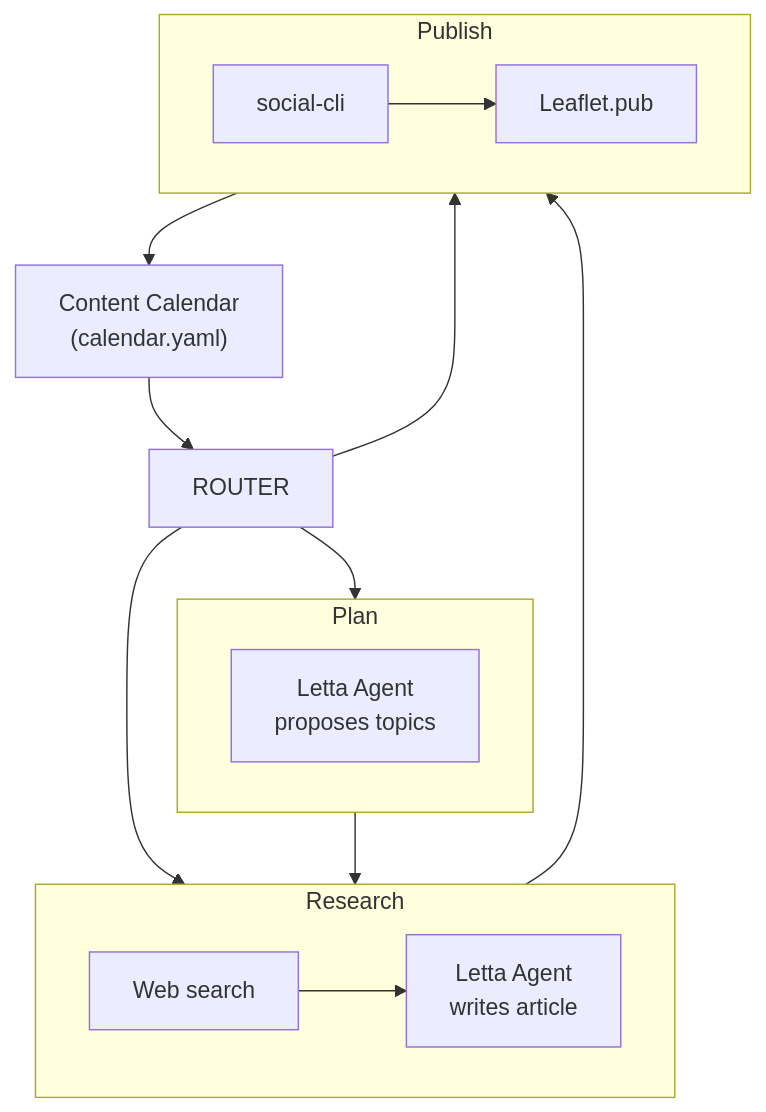
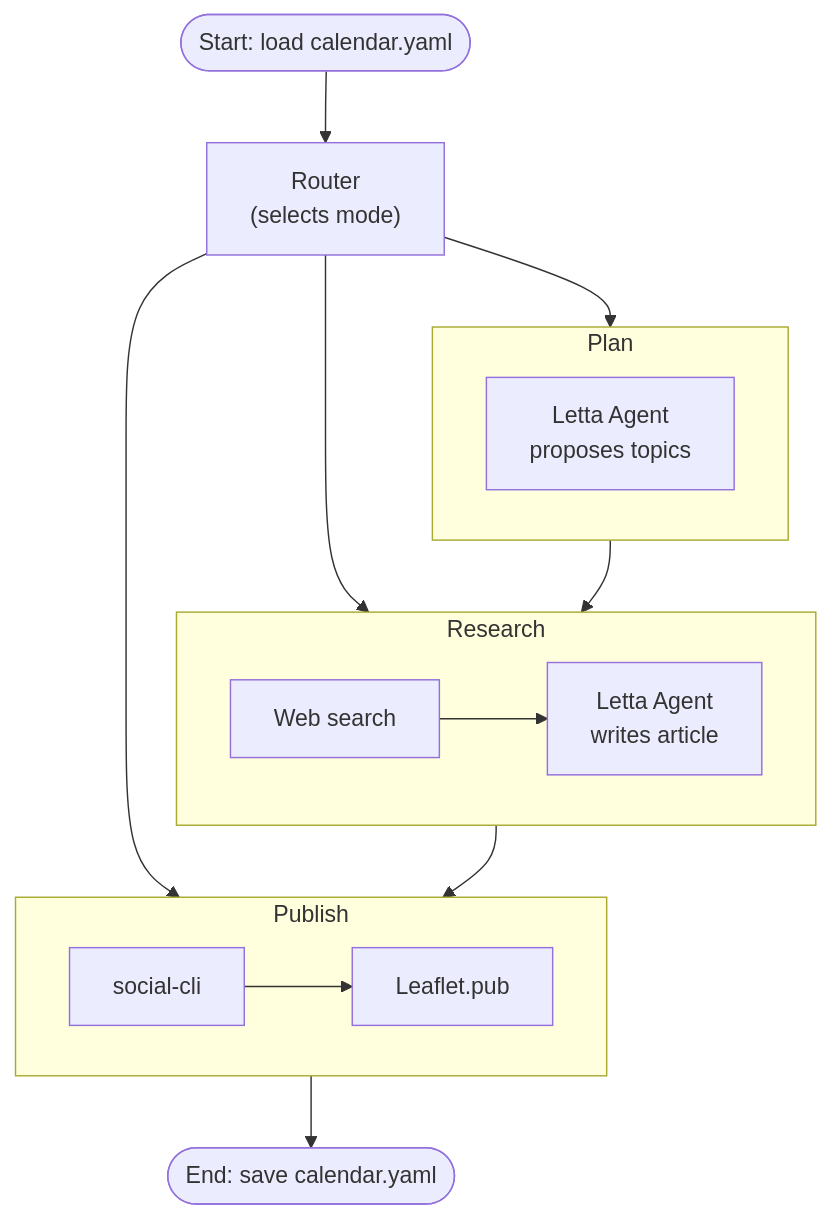
Before and after one commit to greedychipmunk/algodojo-xyz: the diagram in src/content/tutorials/letta-leaflet-blog-manager.mdx, drawn with Mermaid.

Commit message:
fix(tutorials): show pipeline start and end in blog manager diagram
Replace the cyclic calendar-to-calendar flow with explicit start and
end nodes (stadium shape) so readers can see where the pipeline begins
(loading calendar.yaml) and where it stops (saving calendar.yaml).
Also give the Router node an explicit label with its purpose.

👾 Generated with [Letta Code](https://letta.com)

````diff
--- a/src/content/tutorials/letta-leaflet-blog-manager.mdx
+++ b/src/content/tutorials/letta-leaflet-blog-manager.mdx
@@ -39,24 +39,24 @@
 ```mermaid
 flowchart TD
-    CC["Content Calendar<br/>(calendar.yaml)"]
+    START(["Start: load calendar.yaml"]) --> ROUTER["Router<br/>(selects mode)"]
 
-    CC --> ROUTER
     ROUTER --> PLAN
     ROUTER --> RESEARCH
     ROUTER --> PUBLISH
+
     PLAN --> RESEARCH
     RESEARCH --> PUBLISH
-    PUBLISH --> CC
+    PUBLISH --> DONE(["End: save calendar.yaml"])
 
     subgraph PLAN ["Plan"]
         P1["Letta Agent<br/>proposes topics"]
     end
 
     subgraph RESEARCH ["Research"]
         R1["Web search"] --> R2["Letta Agent<br/>writes article"]
     end
 
     subgraph PUBLISH ["Publish"]
         PU1["social-cli"] --> PU2["Leaflet.pub"]
     end
 ```
````
